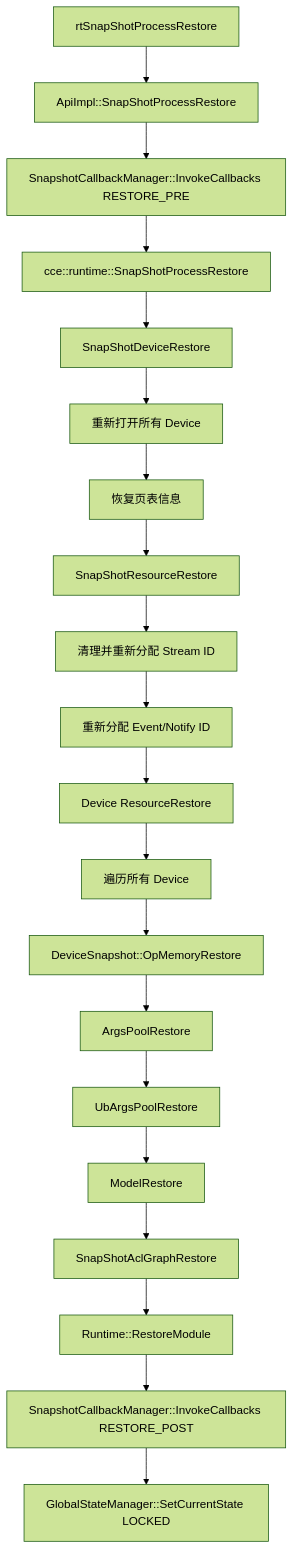
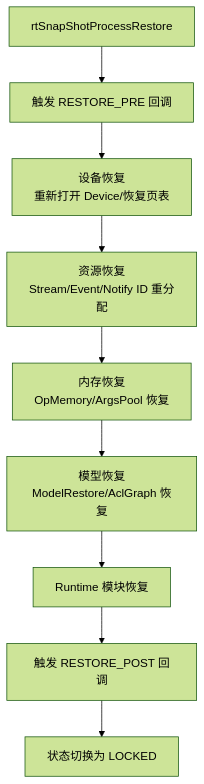
One commit to 18liumin/runtime changed the fifth of 10 diagrams in docs/design/features/snapshot.md. Above: the diagram before and after it, drawn with Mermaid (forest theme). The commit also changed other lines of this file, not shown here.

````diff
--- a/docs/design/features/snapshot.md
+++ b/docs/design/features/snapshot.md
@@ -241,22 +226,11 @@
 ```mermaid
 flowchart TD
-A[rtSnapShotProcessRestore] --> B[ApiImpl::SnapShotProcessRestore]
-B --> C[SnapshotCallbackManager::InvokeCallbacks RESTORE_PRE]
-C --> D[cce::runtime::SnapShotProcessRestore]
-D --> E[SnapShotDeviceRestore]
-E --> F[重新打开所有 Device]
-F --> G[恢复页表信息]
-G --> H[SnapShotResourceRestore]
-H --> I[清理并重新分配 Stream ID]
-I --> J[重新分配 Event/Notify ID]
-J --> K[Device ResourceRestore]
-K --> L[遍历所有 Device]
-L --> M[DeviceSnapshot::OpMemoryRestore]
-M --> N[ArgsPoolRestore]
-N --> O[UbArgsPoolRestore]
-O --> P[ModelRestore]
-P --> Q[SnapShotAclGraphRestore]
-Q --> R[Runtime::RestoreModule]
-R --> S[SnapshotCallbackManager::InvokeCallbacks RESTORE_POST]
-S --> T[GlobalStateManager::SetCurrentState LOCKED]
+    A[rtSnapShotProcessRestore] --> B[触发 RESTORE_PRE 回调]
+    B --> C[设备恢复<br/>重新打开 Device/恢复页表]
+    C --> D[资源恢复<br/>Stream/Event/Notify ID 重分配]
+    D --> E[内存恢复<br/>OpMemory/ArgsPool 恢复]
+    E --> F[模型恢复<br/>ModelRestore/AclGraph 恢复]
+    F --> G[Runtime 模块恢复]
+    G --> H[触发 RESTORE_POST 回调]
+    H --> I[状态切换为 LOCKED]
 ```
````
